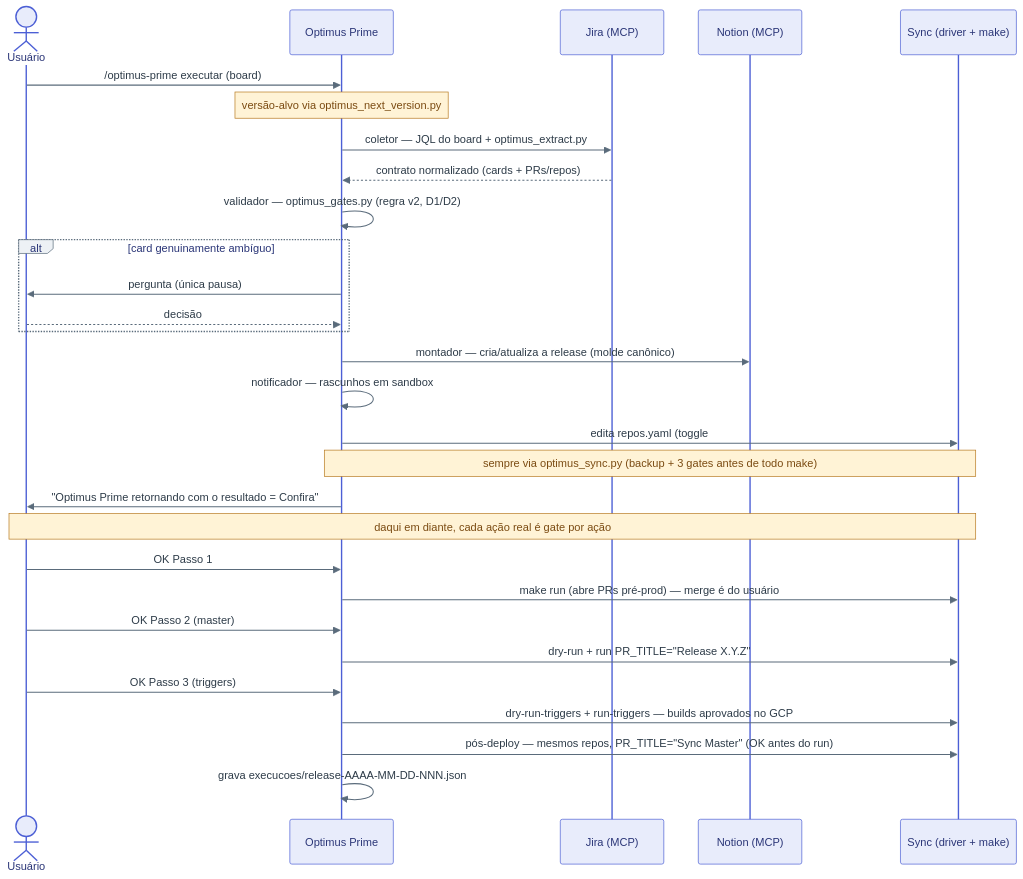
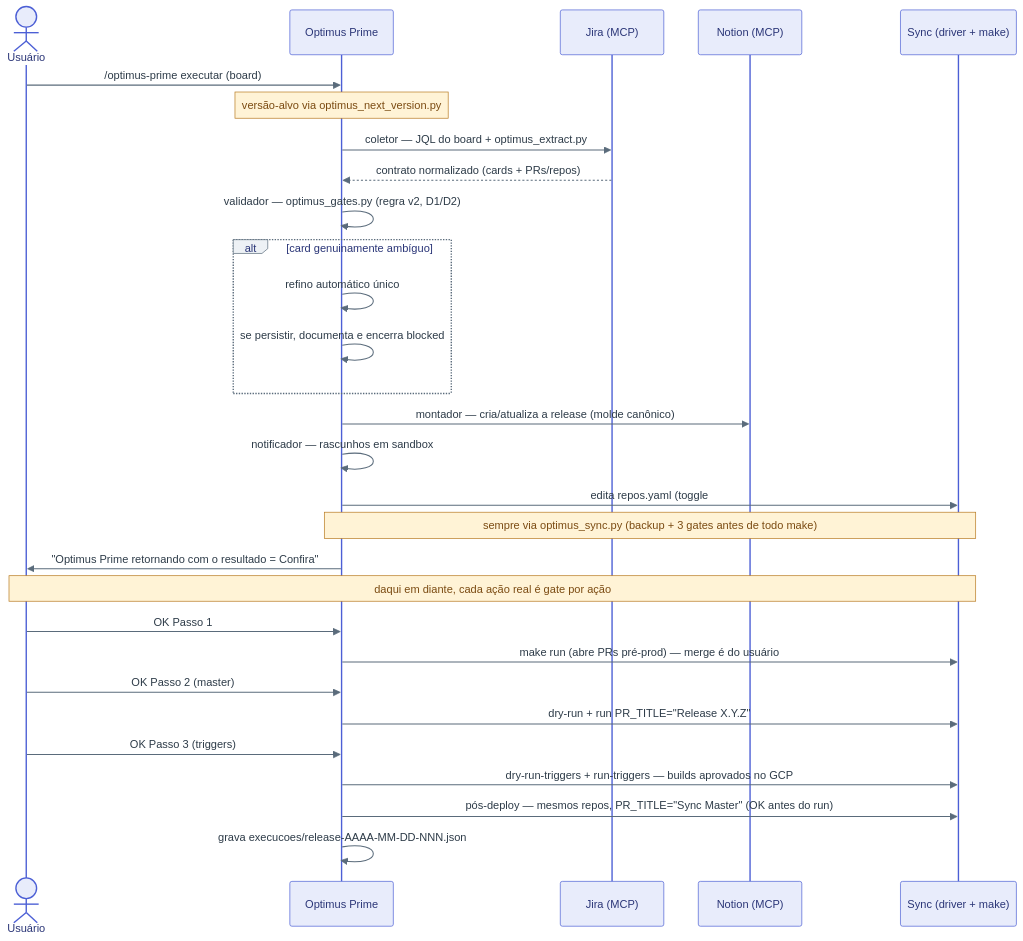
Before and after one commit to BertoRcsb/workflow-automation-management: the second of 4 diagrams in docs/ARQUITETURA.md, drawn with Mermaid. The commit also changed other lines of this file and 16 other files, not shown here.

````diff
--- a/docs/ARQUITETURA.md
+++ b/docs/ARQUITETURA.md
@@ -74,33 +75,33 @@
 ```mermaid
 %%{init: {"theme":"base","themeVariables":{"fontSize":"13px","actorBkg":"#E8ECFB","actorBorder":"#4C5FD5","actorTextColor":"#2A3577","signalColor":"#5A6B7B","signalTextColor":"#2D3B48","noteBkgColor":"#FFF3D6","noteBorderColor":"#B7791F","noteTextColor":"#7B4B12","labelBoxBkgColor":"#EDF1F5","labelBoxBorderColor":"#5A6B7B"}}}%%
 sequenceDiagram
     actor U as Usuário
     participant O as Optimus Prime
     participant J as Jira (MCP)
     participant N as Notion (MCP)
     participant S as Sync (driver + make)
 
     U->>O: /optimus-prime executar (board)
     Note over O: versão-alvo via optimus_next_version.py
     O->>J: coletor — JQL do board + optimus_extract.py
     J-->>O: contrato normalizado (cards + PRs/repos)
     O->>O: validador — optimus_gates.py (regra v2, D1/D2)
     alt card genuinamente ambíguo
-        O->>U: pergunta (única pausa)
-        U-->>O: decisão
+        O->>O: refino automático único
+        O->>O: se persistir, documenta e encerra blocked
     end
     O->>N: montador — cria/atualiza a release (molde canônico)
     O->>O: notificador — rascunhos em sandbox
     O->>S: edita repos.yaml (toggle #) + make dry-run — Passo 1
     Note over O,S: sempre via optimus_sync.py (backup + 3 gates antes de todo make)
     O->>U: "Optimus Prime retornando com o resultado = Confira"
     Note over U,S: daqui em diante, cada ação real é gate por ação
     U->>O: OK Passo 1
     O->>S: make run (abre PRs pré-prod) — merge é do usuário
     U->>O: OK Passo 2 (master)
     O->>S: dry-run + run PR_TITLE="Release X.Y.Z"
     U->>O: OK Passo 3 (triggers)
     O->>S: dry-run-triggers + run-triggers — builds aprovados no GCP
     O->>S: pós-deploy — mesmos repos, PR_TITLE="Sync Master" (OK antes do run)
     O->>O: grava execucoes/release-AAAA-MM-DD-NNN.json
 ```
````
